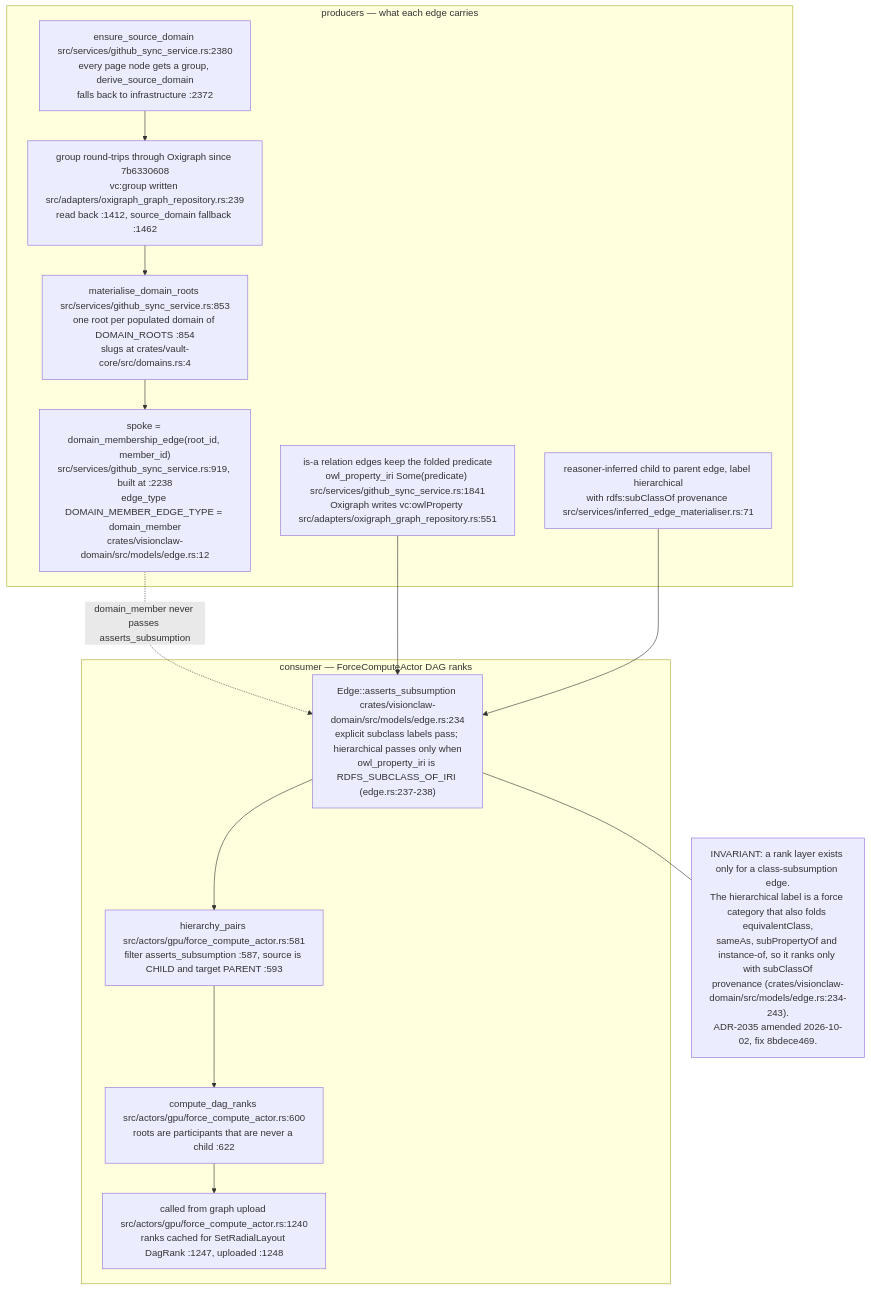
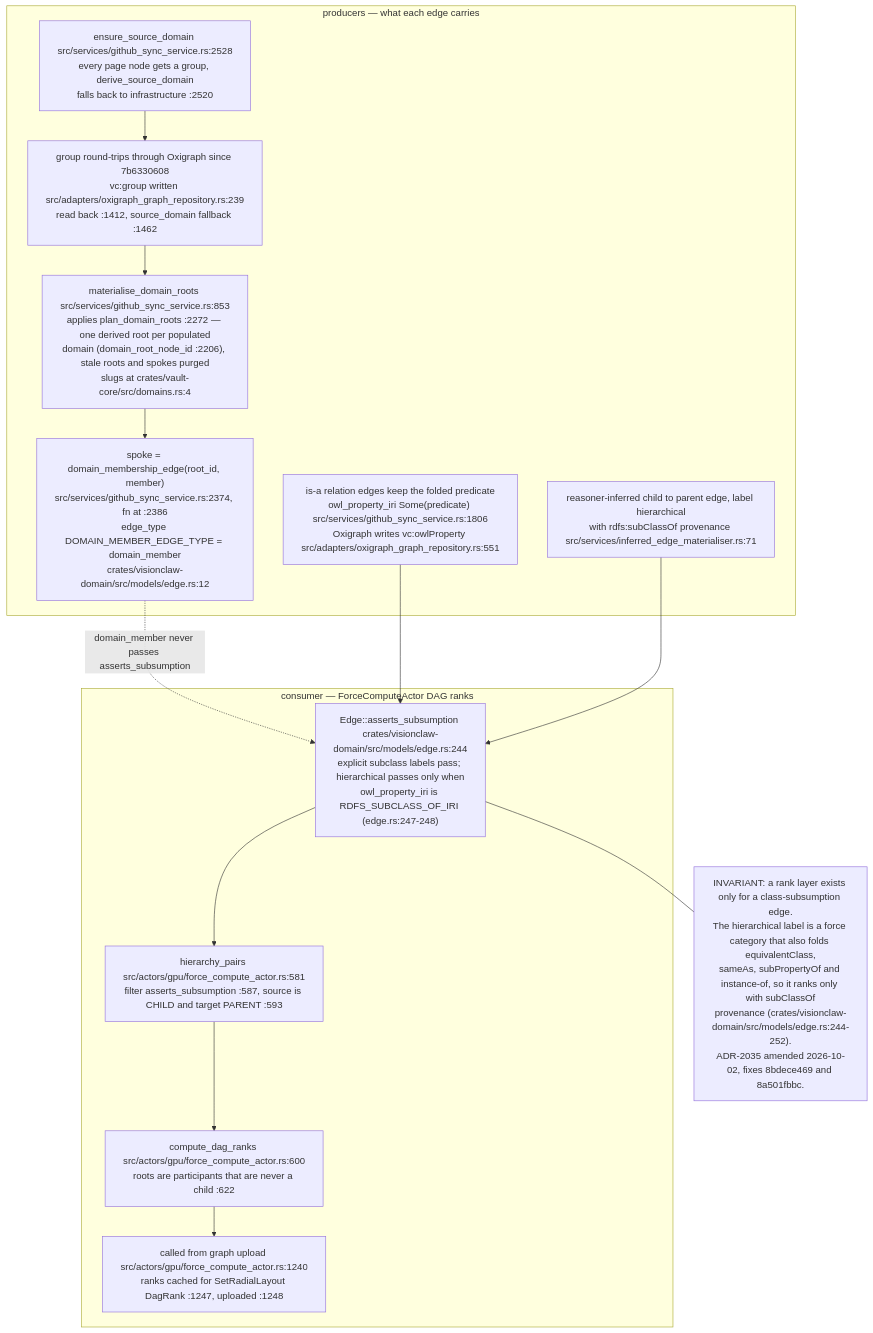
The eighth of 8 diagrams in docs/diagrams/visionclaw/16-interaction-drag-pin-layout.md (DreamLab-AI/VisionFlow), drawn with Mermaid before and after one commit. The commit also changed other lines of this file and 111 other files, not shown here.

Commit message:
docs(diagrams): align estate maps with current source

````diff
--- a/docs/diagrams/visionclaw/16-interaction-drag-pin-layout.md
+++ b/docs/diagrams/visionclaw/16-interaction-drag-pin-layout.md
@@ -268,24 +268,24 @@
 ```mermaid
 flowchart TB
     subgraph PROD["producers — what each edge carries"]
-        P1["ensure_source_domain src/services/github_sync_service.rs:2380<br/>every page node gets a group, derive_source_domain<br/>falls back to infrastructure :2372"]
+        P1["ensure_source_domain src/services/github_sync_service.rs:2528<br/>every page node gets a group, derive_source_domain<br/>falls back to infrastructure :2520"]
         P2["group round-trips through Oxigraph since 7b6330608<br/>vc:group written src/adapters/oxigraph_graph_repository.rs:239<br/>read back :1412, source_domain fallback :1462"]
-        P3["materialise_domain_roots src/services/github_sync_service.rs:853<br/>one root per populated domain of DOMAIN_ROOTS :854<br/>slugs at crates/vault-core/src/domains.rs:4"]
-        P4["spoke = domain_membership_edge(root_id, member_id)<br/>src/services/github_sync_service.rs:919, built at :2238<br/>edge_type DOMAIN_MEMBER_EDGE_TYPE = domain_member<br/>crates/visionclaw-domain/src/models/edge.rs:12"]
-        P5["is-a relation edges keep the folded predicate<br/>owl_property_iri Some(predicate) src/services/github_sync_service.rs:1841<br/>Oxigraph writes vc:owlProperty src/adapters/oxigraph_graph_repository.rs:551"]
+        P3["materialise_domain_roots src/services/github_sync_service.rs:853<br/>applies plan_domain_roots :2272 — one derived root per populated<br/>domain (domain_root_node_id :2206), stale roots and spokes purged<br/>slugs at crates/vault-core/src/domains.rs:4"]
+        P4["spoke = domain_membership_edge(root_id, member)<br/>src/services/github_sync_service.rs:2374, fn at :2386<br/>edge_type DOMAIN_MEMBER_EDGE_TYPE = domain_member<br/>crates/visionclaw-domain/src/models/edge.rs:12"]
+        P5["is-a relation edges keep the folded predicate<br/>owl_property_iri Some(predicate) src/services/github_sync_service.rs:1806<br/>Oxigraph writes vc:owlProperty src/adapters/oxigraph_graph_repository.rs:551"]
         P6["reasoner-inferred child to parent edge, label hierarchical<br/>with rdfs:subClassOf provenance src/services/inferred_edge_materialiser.rs:71"]
         P1 --> P2 --> P3 --> P4
     end
     subgraph RANK["consumer — ForceComputeActor DAG ranks"]
-        R1["Edge::asserts_subsumption crates/visionclaw-domain/src/models/edge.rs:234<br/>explicit subclass labels pass; hierarchical passes only when<br/>owl_property_iri is RDFS_SUBCLASS_OF_IRI (edge.rs:237-238)"]
+        R1["Edge::asserts_subsumption crates/visionclaw-domain/src/models/edge.rs:244<br/>explicit subclass labels pass; hierarchical passes only when<br/>owl_property_iri is RDFS_SUBCLASS_OF_IRI (edge.rs:247-248)"]
         R2["hierarchy_pairs src/actors/gpu/force_compute_actor.rs:581<br/>filter asserts_subsumption :587, source is CHILD and target PARENT :593"]
         R3["compute_dag_ranks src/actors/gpu/force_compute_actor.rs:600<br/>roots are participants that are never a child :622"]
         R4["called from graph upload src/actors/gpu/force_compute_actor.rs:1240<br/>ranks cached for SetRadialLayout DagRank :1247, uploaded :1248"]
         R1 --> R2 --> R3 --> R4
     end
     P4 -. "domain_member never passes asserts_subsumption" .-> R1
     P5 --> R1
     P6 --> R1
-    I["INVARIANT: a rank layer exists only for a class-subsumption edge.<br/>The hierarchical label is a force category that also folds equivalentClass,<br/>sameAs, subPropertyOf and instance-of, so it ranks only with subClassOf<br/>provenance (crates/visionclaw-domain/src/models/edge.rs:234-243).<br/>ADR-2035 amended 2026-10-02, fix 8bdece469."]
+    I["INVARIANT: a rank layer exists only for a class-subsumption edge.<br/>The hierarchical label is a force category that also folds equivalentClass,<br/>sameAs, subPropertyOf and instance-of, so it ranks only with subClassOf<br/>provenance (crates/visionclaw-domain/src/models/edge.rs:244-252).<br/>ADR-2035 amended 2026-10-02, fixes 8bdece469 and 8a501fbbc."]
     R1 --- I
 ```
````
